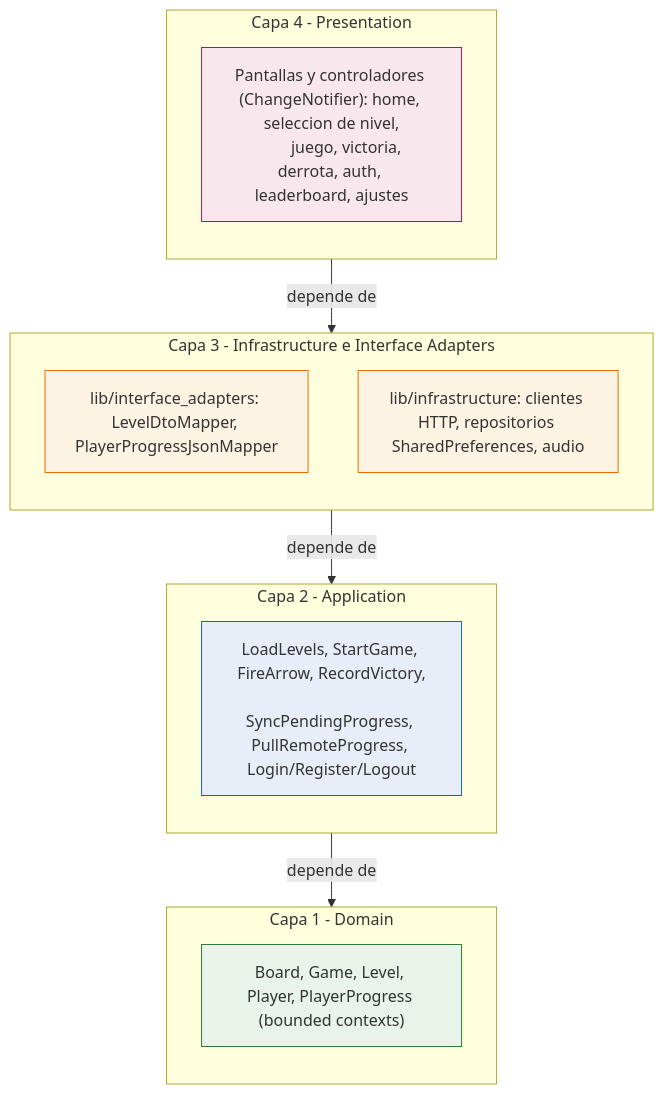
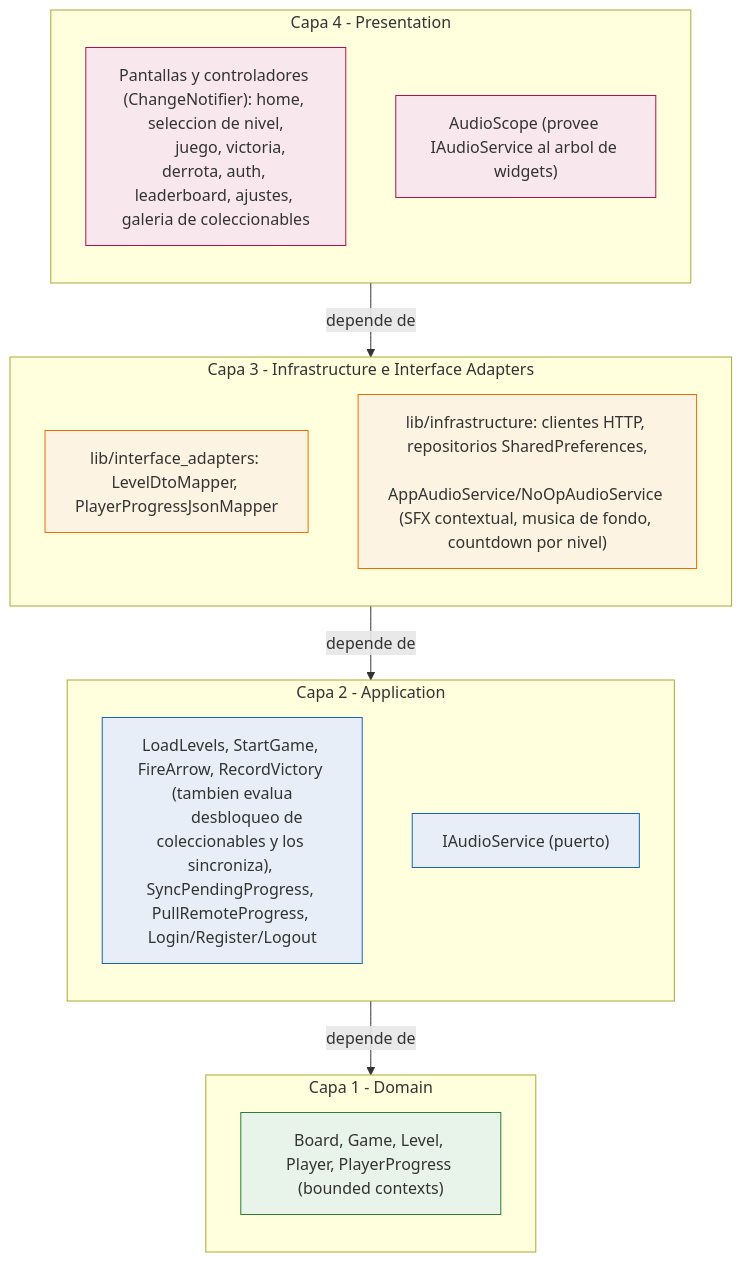
Before and after one commit to Mianjoy/Arrow-Maze-Escape-Puzzle: the diagram in docs/architecture/clean-architecture.mmd, drawn with Mermaid. The commit also changed 3 other files, not shown here.

First line of the commit message:
docs: add audio and collectibles systems to architecture diagrams

```diff
--- a/docs/architecture/clean-architecture.mmd
+++ b/docs/architecture/clean-architecture.mmd
@@ -1,36 +1,39 @@
 flowchart TB
     %% Diagrama de capas - Clean Architecture (frontend Arrow Maze).
     %% Las flechas van de afuera hacia adentro (las capas externas dependen
     %% de las internas, nunca al reves) - Regla de Dependencia respetada.
     subgraph L4["Capa 4 - Presentation"]
         direction TB
         UI["Pantallas y controladores (ChangeNotifier): home, seleccion de nivel,
-        juego, victoria, derrota, auth, leaderboard, ajustes"]
+        juego, victoria, derrota, auth, leaderboard, ajustes, galeria de coleccionables"]
+        AudioScope["AudioScope (provee IAudioService al arbol de widgets)"]
     end
     subgraph L3["Capa 3 - Infrastructure e Interface Adapters"]
         direction TB
         Adapters["lib/interface_adapters: LevelDtoMapper, PlayerProgressJsonMapper"]
-        Infra["lib/infrastructure: clientes HTTP, repositorios SharedPreferences, audio"]
+        Infra["lib/infrastructure: clientes HTTP, repositorios SharedPreferences,
+        AppAudioService/NoOpAudioService (SFX contextual, musica de fondo, countdown por nivel)"]
     end
     subgraph L2["Capa 2 - Application"]
         direction TB
-        UseCases["LoadLevels, StartGame, FireArrow, RecordVictory,
-        SyncPendingProgress, PullRemoteProgress, Login/Register/Logout"]
+        UseCases["LoadLevels, StartGame, FireArrow, RecordVictory (tambien evalua
+        desbloqueo de coleccionables y los sincroniza), SyncPendingProgress, PullRemoteProgress, Login/Register/Logout"]
+        AudioPort["IAudioService (puerto)"]
     end
     subgraph L1["Capa 1 - Domain"]
         direction TB
         Entities["Board, Game, Level, Player, PlayerProgress (bounded contexts)"]
     end
 
     L4 -->|depende de| L3
     L3 -->|depende de| L2
     L2 -->|depende de| L1
 
     classDef domain fill:#e8f4ea,stroke:#2e7d32
     classDef app fill:#e8eef8,stroke:#1565c0
     classDef adapters fill:#fdf3e2,stroke:#ef6c00
     classDef presentation fill:#f8e8ee,stroke:#ad1457
     class Entities domain
-    class UseCases app
+    class UseCases,AudioPort app
     class Adapters,Infra adapters
-    class UI presentation
+    class UI,AudioScope presentation
```
